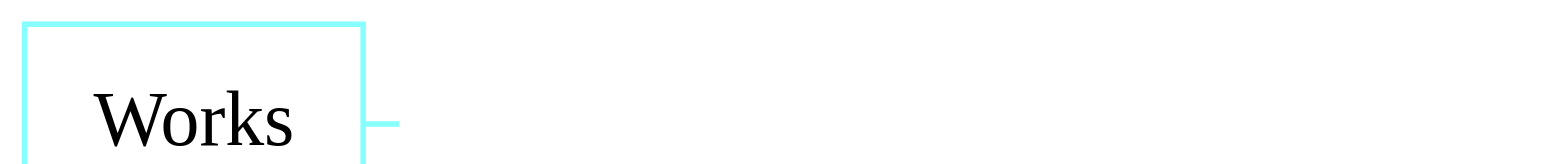
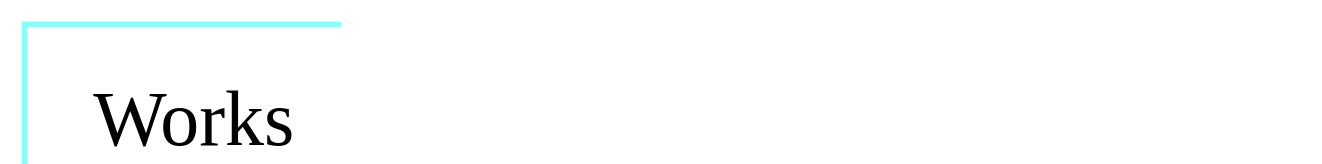
The diagram in graphs/Simplified.dot (julianfl0w/Deism), drawn with Graphviz before and after one commit. The commit also changed 3 other files, not shown here.

```diff
--- a/graphs/Simplified.dot
+++ b/graphs/Simplified.dot
@@ -1,14 +1,14 @@
 digraph D {
 rankdir = LR
 style = filled
 fontcolor = black
 color = black
 bgcolor = white
 gradientangle = 0
 dpi = 300
 "cluster_184" [rankdir=TB, shape=box, penwidth=1, color="#88ffff", fontcolor=black, fillcolor=white, style=filled, gradientangle=270.05, label="Works"]
 "cluster_185" [rankdir=TB, shape=box, penwidth=1, color="#88ffff", fontcolor=black, fillcolor=white, style=filled, gradientangle=270.05, label="Grace"]
-"cluster_186" [rankdir=TB, shape=box, penwidth=1, color="#88ffff", fontcolor=black, fillcolor=white, style=filled, gradientangle=270.05, label="Reciprocity"]
+"cluster_186" [rankdir=TB, shape=box, penwidth=1, color="#88ffff", fontcolor=black, fillcolor=white, style=filled, gradientangle=270.05, label="Love"]
 "cluster_185" -> "cluster_186" [color="#88ffff", penwidth=1, ltail="cluster_185", lhead="cluster_186"]
 "cluster_184" -> "cluster_185" [color="#88ffff", penwidth=1, ltail="cluster_185", lhead="cluster_186"]
 }
```
